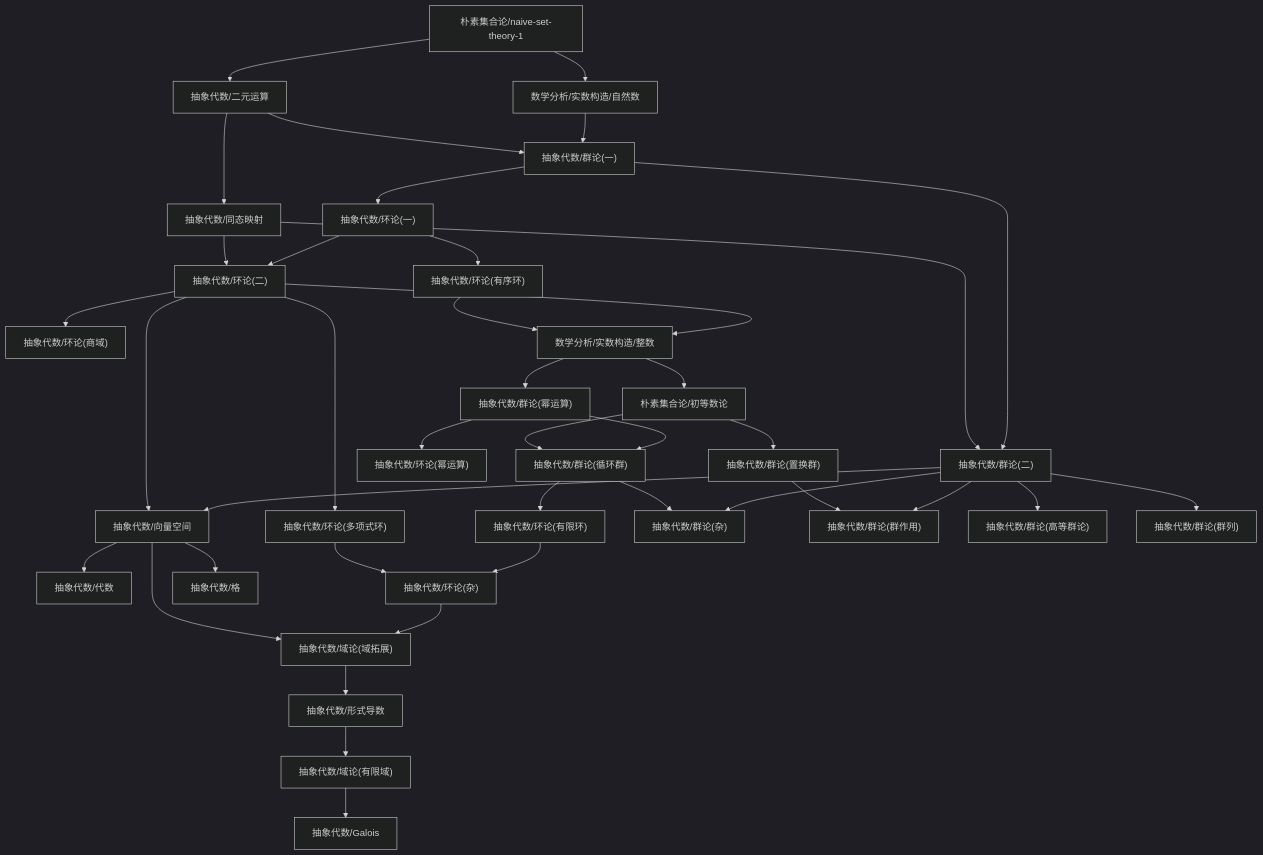
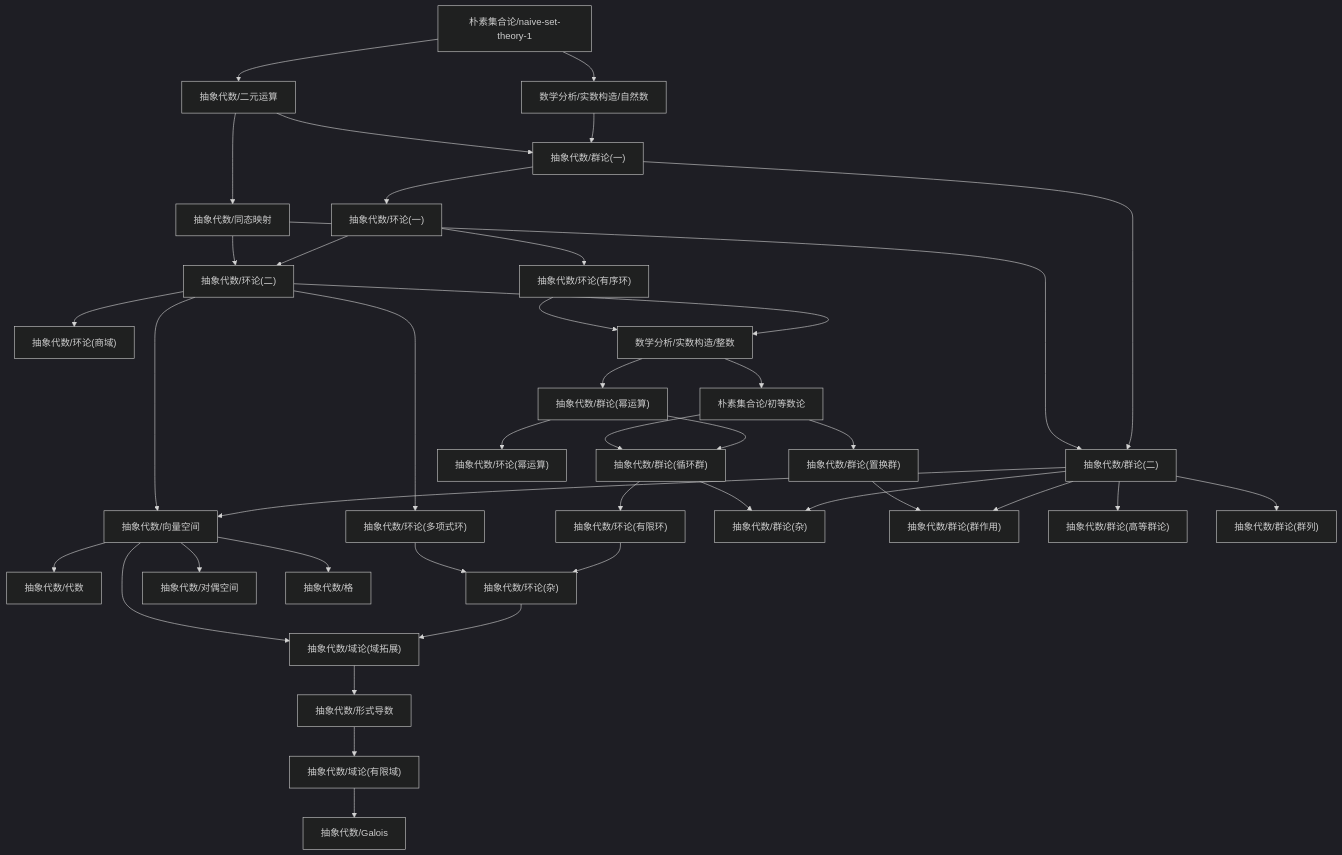
Before and after one commit to zeroDtree/zeroDtree.github.io: the diagram in content/抽象代数/dependency_graph.md, drawn with Mermaid (dark theme). The commit also changed 2 other files, not shown here.

Commit message:
feat: add new document on dual spaces in vector spaces

````diff
--- a/content/抽象代数/dependency_graph.md
+++ b/content/抽象代数/dependency_graph.md
@@ -1,42 +1,43 @@
 ```mermaid
 graph TD
 1["抽象代数/向量空间"] --> 0["抽象代数/代数"]
 3["抽象代数/群论(循环群)"] --> 2["抽象代数/环论(有限环)"]
 5["抽象代数/环论(一)"] --> 4["抽象代数/环论(二)"]
 6["抽象代数/同态映射"] --> 4["抽象代数/环论(二)"]
 2["抽象代数/环论(有限环)"] --> 7["抽象代数/环论(杂)"]
 8["抽象代数/环论(多项式环)"] --> 7["抽象代数/环论(杂)"]
 10["朴素集合论/naive-set-theory-1"] --> 9["抽象代数/二元运算"]
 12["抽象代数/群论(二)"] --> 11["抽象代数/群论(杂)"]
 3["抽象代数/群论(循环群)"] --> 11["抽象代数/群论(杂)"]
-14["抽象代数/域论(域拓展)"] --> 13["抽象代数/形式导数"]
-15["抽象代数/群论(一)"] --> 12["抽象代数/群论(二)"]
+1["抽象代数/向量空间"] --> 13["抽象代数/对偶空间"]
+15["抽象代数/域论(域拓展)"] --> 14["抽象代数/形式导数"]
+16["抽象代数/群论(一)"] --> 12["抽象代数/群论(二)"]
 6["抽象代数/同态映射"] --> 12["抽象代数/群论(二)"]
-16["抽象代数/群论(幂运算)"] --> 3["抽象代数/群论(循环群)"]
-17["朴素集合论/初等数论"] --> 3["抽象代数/群论(循环群)"]
-16["抽象代数/群论(幂运算)"] --> 18["抽象代数/环论(幂运算)"]
-12["抽象代数/群论(二)"] --> 19["抽象代数/群论(群作用)"]
-20["抽象代数/群论(置换群)"] --> 19["抽象代数/群论(群作用)"]
-1["抽象代数/向量空间"] --> 21["抽象代数/格"]
-4["抽象代数/环论(二)"] --> 22["抽象代数/环论(商域)"]
-15["抽象代数/群论(一)"] --> 5["抽象代数/环论(一)"]
-12["抽象代数/群论(二)"] --> 23["抽象代数/群论(高等群论)"]
-25["抽象代数/域论(有限域)"] --> 24["抽象代数/Galois"]
-26["数学分析/实数构造/自然数"] --> 15["抽象代数/群论(一)"]
-9["抽象代数/二元运算"] --> 15["抽象代数/群论(一)"]
+17["抽象代数/群论(幂运算)"] --> 3["抽象代数/群论(循环群)"]
+18["朴素集合论/初等数论"] --> 3["抽象代数/群论(循环群)"]
+17["抽象代数/群论(幂运算)"] --> 19["抽象代数/环论(幂运算)"]
+12["抽象代数/群论(二)"] --> 20["抽象代数/群论(群作用)"]
+21["抽象代数/群论(置换群)"] --> 20["抽象代数/群论(群作用)"]
+1["抽象代数/向量空间"] --> 22["抽象代数/格"]
+4["抽象代数/环论(二)"] --> 23["抽象代数/环论(商域)"]
+16["抽象代数/群论(一)"] --> 5["抽象代数/环论(一)"]
+12["抽象代数/群论(二)"] --> 24["抽象代数/群论(高等群论)"]
+26["抽象代数/域论(有限域)"] --> 25["抽象代数/Galois"]
+27["数学分析/实数构造/自然数"] --> 16["抽象代数/群论(一)"]
+9["抽象代数/二元运算"] --> 16["抽象代数/群论(一)"]
 12["抽象代数/群论(二)"] --> 1["抽象代数/向量空间"]
 4["抽象代数/环论(二)"] --> 1["抽象代数/向量空间"]
-5["抽象代数/环论(一)"] --> 28["抽象代数/环论(有序环)"]
+5["抽象代数/环论(一)"] --> 29["抽象代数/环论(有序环)"]
 4["抽象代数/环论(二)"] --> 8["抽象代数/环论(多项式环)"]
-7["抽象代数/环论(杂)"] --> 14["抽象代数/域论(域拓展)"]
-1["抽象代数/向量空间"] --> 14["抽象代数/域论(域拓展)"]
-13["抽象代数/形式导数"] --> 25["抽象代数/域论(有限域)"]
-29["数学分析/实数构造/整数"] --> 16["抽象代数/群论(幂运算)"]
-12["抽象代数/群论(二)"] --> 30["抽象代数/群论(群列)"]
+7["抽象代数/环论(杂)"] --> 15["抽象代数/域论(域拓展)"]
+1["抽象代数/向量空间"] --> 15["抽象代数/域论(域拓展)"]
+14["抽象代数/形式导数"] --> 26["抽象代数/域论(有限域)"]
+30["数学分析/实数构造/整数"] --> 17["抽象代数/群论(幂运算)"]
+12["抽象代数/群论(二)"] --> 31["抽象代数/群论(群列)"]
 9["抽象代数/二元运算"] --> 6["抽象代数/同态映射"]
-17["朴素集合论/初等数论"] --> 20["抽象代数/群论(置换群)"]
-29["数学分析/实数构造/整数"] --> 17["朴素集合论/初等数论"]
-4["抽象代数/环论(二)"] --> 29["数学分析/实数构造/整数"]
-28["抽象代数/环论(有序环)"] --> 29["数学分析/实数构造/整数"]
-10["朴素集合论/naive-set-theory-1"] --> 26["数学分析/实数构造/自然数"]
+18["朴素集合论/初等数论"] --> 21["抽象代数/群论(置换群)"]
+30["数学分析/实数构造/整数"] --> 18["朴素集合论/初等数论"]
+4["抽象代数/环论(二)"] --> 30["数学分析/实数构造/整数"]
+29["抽象代数/环论(有序环)"] --> 30["数学分析/实数构造/整数"]
+10["朴素集合论/naive-set-theory-1"] --> 27["数学分析/实数构造/自然数"]
 ```
````
